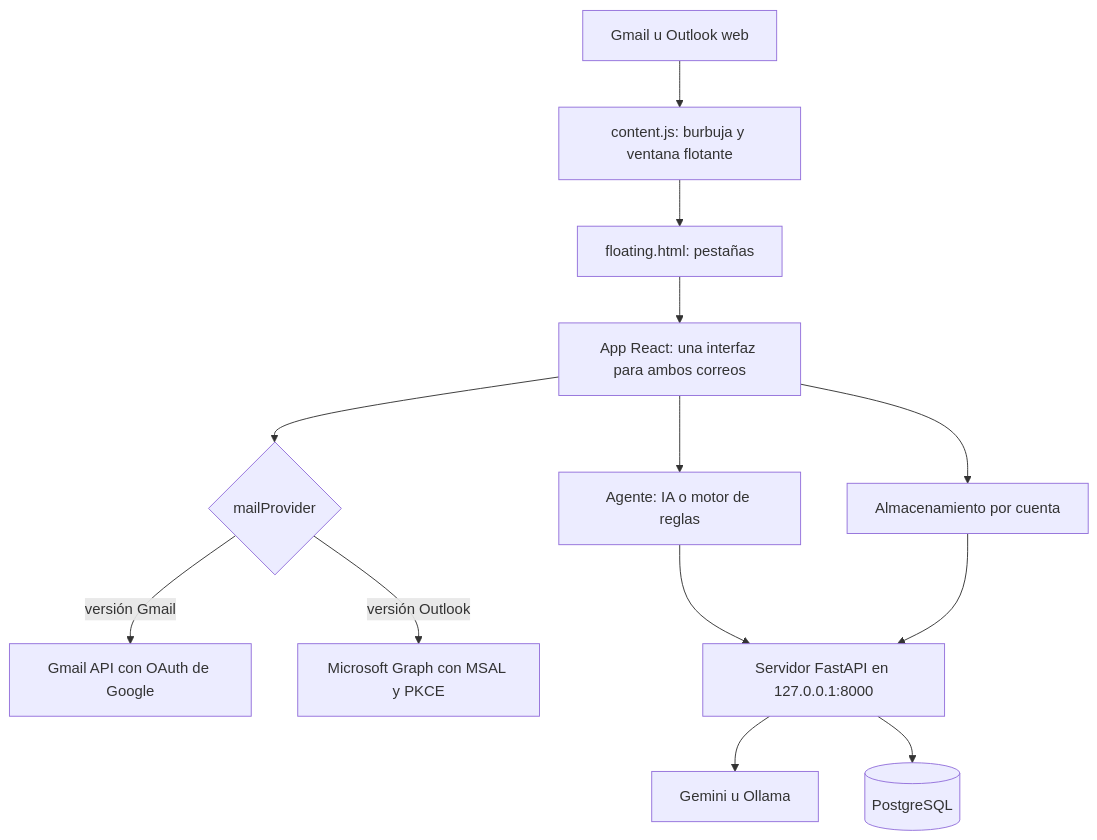
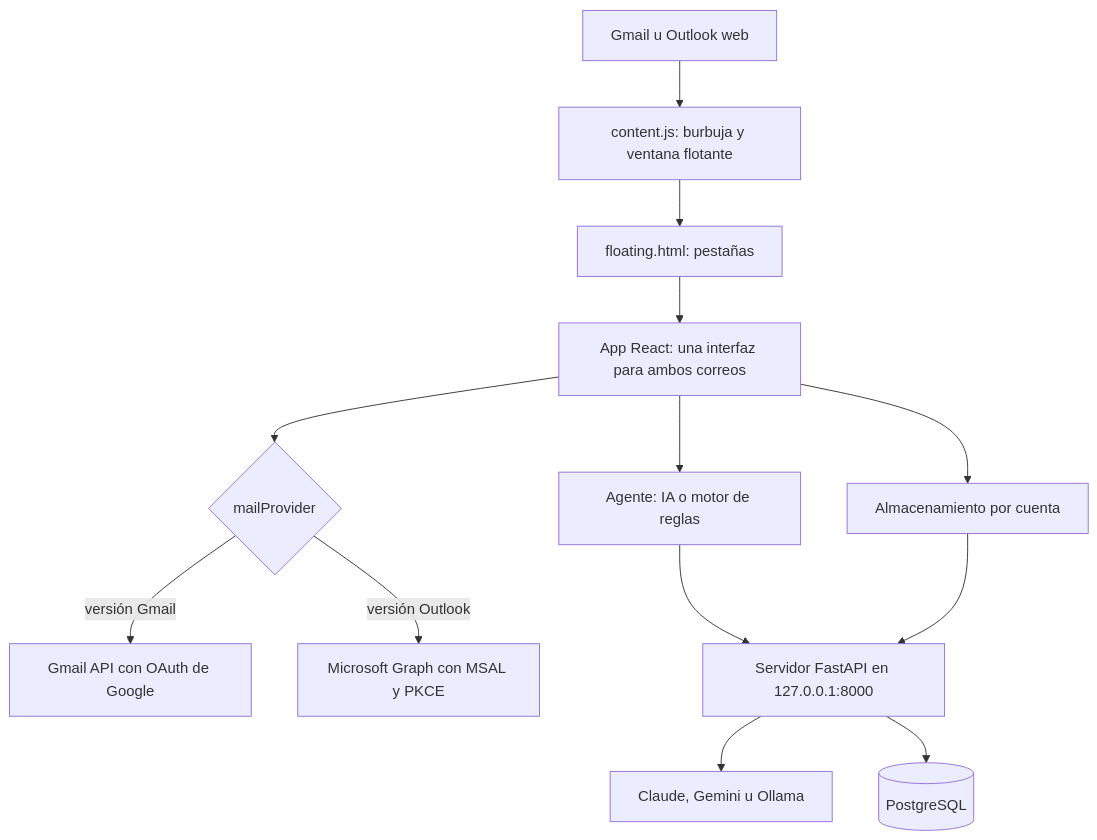
Before and after one commit to JonaPerezSoftware/NexoMail: the diagram in README.md, drawn with Mermaid. The commit also changed other lines of this file and 52 other files, not shown here.

````diff
--- a/README.md
+++ b/README.md
@@ -76,15 +76,15 @@
 ```mermaid
 flowchart TD
     Page[Gmail u Outlook web] --> CS[content.js: burbuja y ventana flotante]
     CS --> Frame[floating.html: pestañas]
     Frame --> UI[App React: una interfaz para ambos correos]
     UI --> MP{mailProvider}
     MP -->|versión Gmail| GA[Gmail API con OAuth de Google]
     MP -->|versión Outlook| MG[Microsoft Graph con MSAL y PKCE]
     UI --> Agent[Agente: IA o motor de reglas]
     Agent --> API[Servidor FastAPI en 127.0.0.1:8000]
-    API --> LLM[Gemini u Ollama]
+    API --> LLM[Claude, Gemini u Ollama]
     UI --> Store[Almacenamiento por cuenta]
     Store --> API
     API --> DB[(PostgreSQL)]
 ```
````
